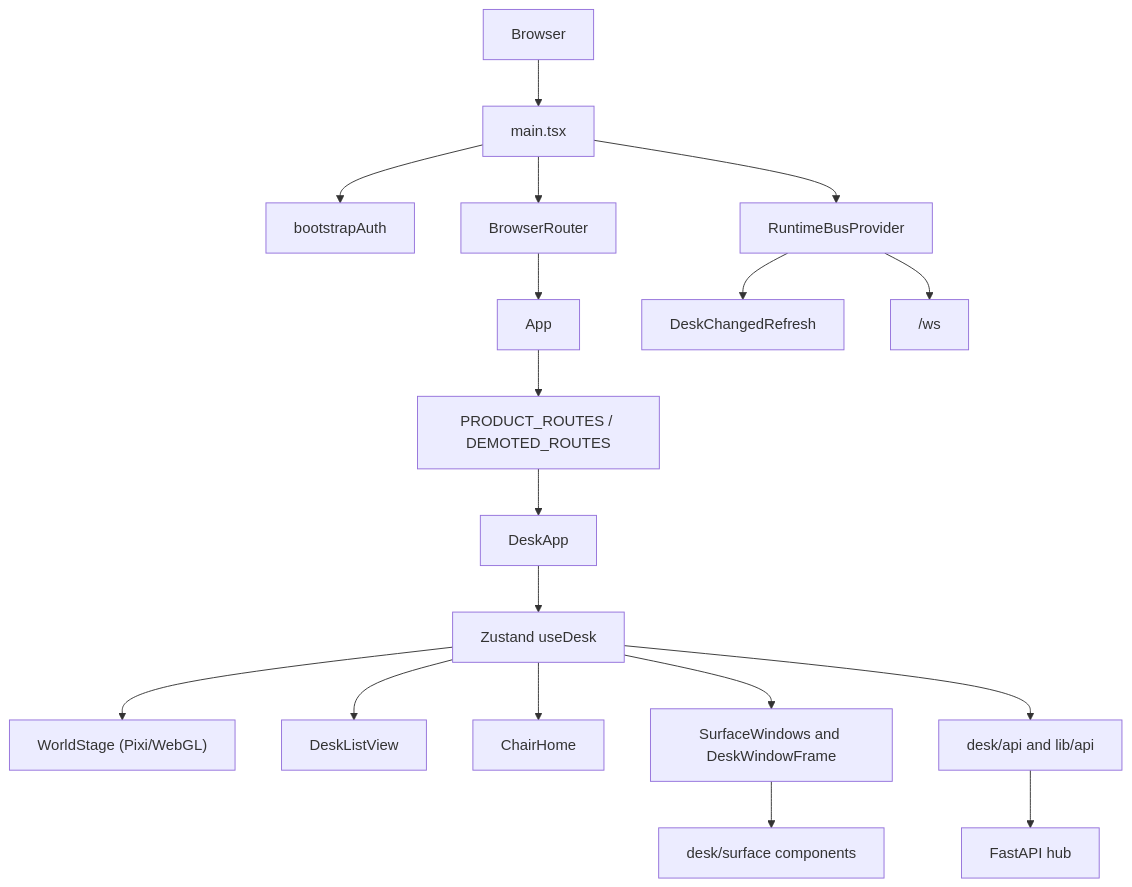
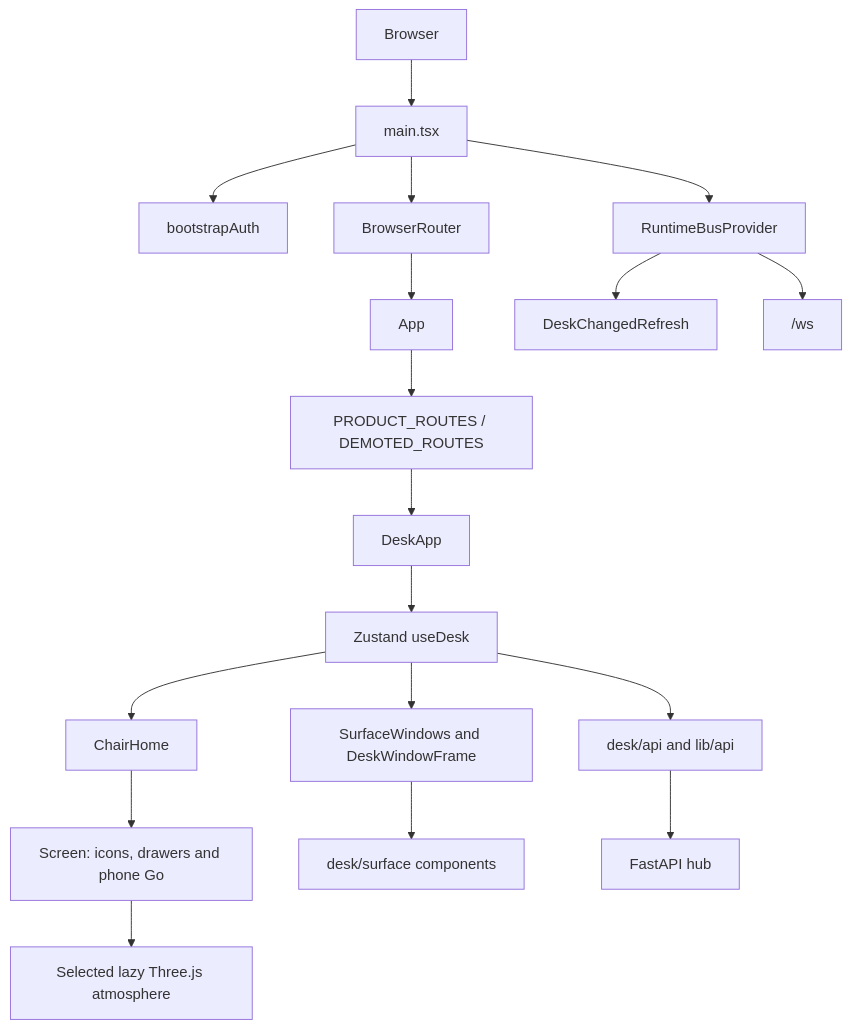
The diagram in docs/DESK_ARCHITECTURE.md (karolswdev/HoldSpeak), drawn with Mermaid before and after one commit. The commit also changed other lines of this file and 37 other files, not shown here.

Commit message:
Restore Desk drawers and live atmosphere backgrounds

````diff
--- a/docs/DESK_ARCHITECTURE.md
+++ b/docs/DESK_ARCHITECTURE.md
@@ -13,20 +13,20 @@
 ```mermaid
 flowchart TD
   Browser[Browser] --> Main[main.tsx]
   Main --> Auth[bootstrapAuth]
   Main --> Router[BrowserRouter]
   Main --> Bus[RuntimeBusProvider]
   Router --> App[App]
   App --> Routes["PRODUCT_ROUTES / DEMOTED_ROUTES"]
   Routes --> Desk[DeskApp]
   Desk --> Store[Zustand useDesk]
-  Store --> World["WorldStage (Pixi/WebGL)"]
-  Store --> List[DeskListView]
   Store --> Chair[ChairHome]
+  Chair --> Screen["Screen: icons, drawers and phone Go"]
+  Screen --> Atmosphere["Selected lazy Three.js atmosphere"]
   Store --> Windows["SurfaceWindows and DeskWindowFrame"]
   Windows --> Surface["desk/surface components"]
   Store --> HTTP["desk/api and lib/api"]
   Bus --> Refresh[DeskChangedRefresh]
   HTTP --> Hub[FastAPI hub]
   Bus --> WS["/ws"]
 ```
````
